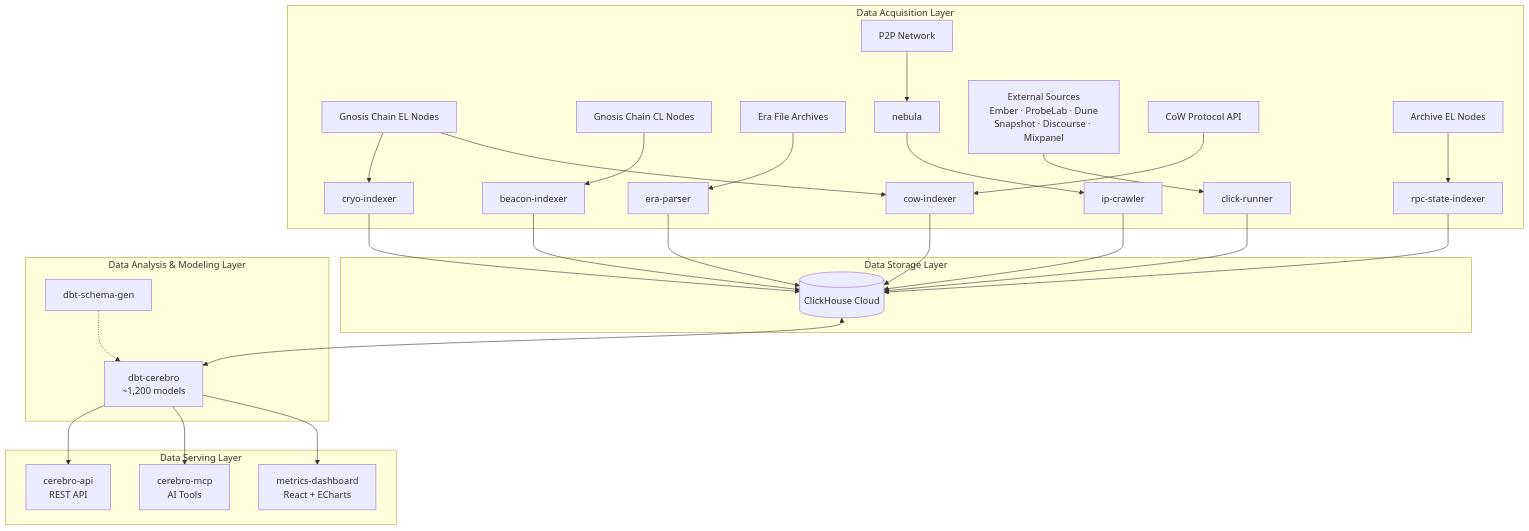
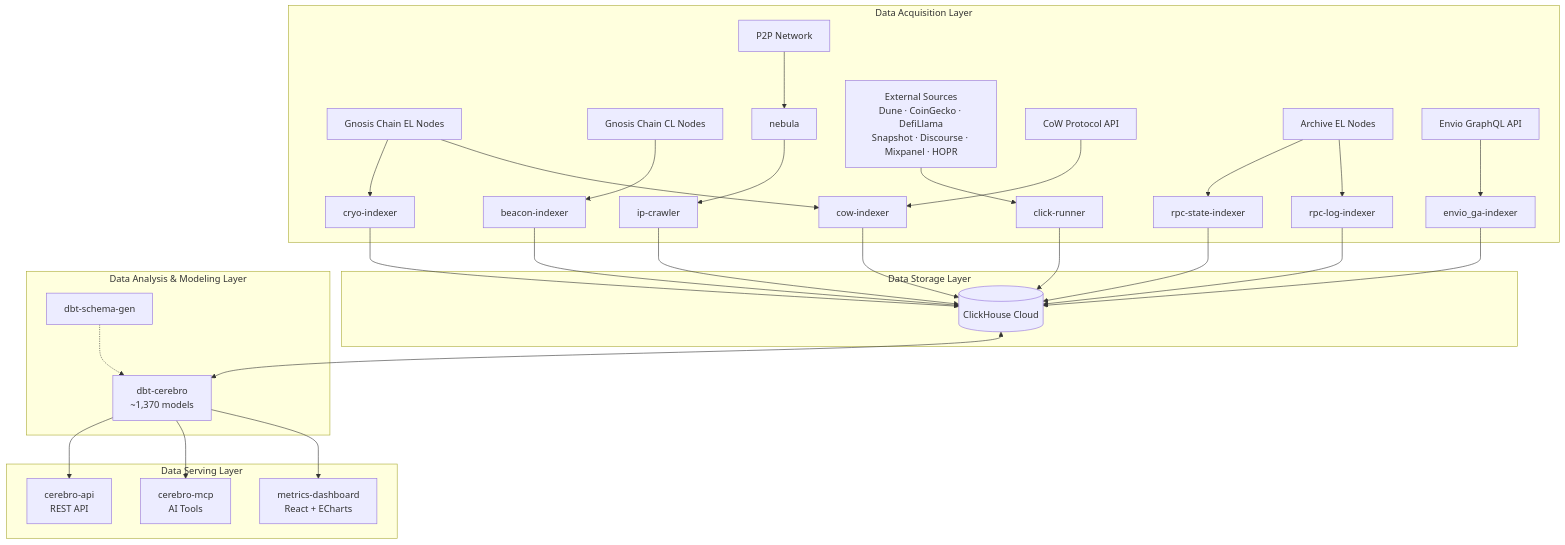
Before and after one commit to gnosischain/cerebro-docs: the diagram in docs/getting-started/architecture.md, drawn with Mermaid. The commit also changed other lines of this file and 37 other files, not shown here.

````diff
--- a/docs/getting-started/architecture.md
+++ b/docs/getting-started/architecture.md
@@ -12,38 +12,40 @@
 ```mermaid
 flowchart TD
     subgraph L1["Data Acquisition Layer"]
         EL[Gnosis Chain EL Nodes] --> CRYO[cryo-indexer]
         CL[Gnosis Chain CL Nodes] --> BI[beacon-indexer]
-        ERA_SRC[Era File Archives] --> ERA[era-parser]
         P2P_NET[P2P Network] --> NEB[nebula]
-        EXT["External Sources\nEmber · ProbeLab · Dune\nSnapshot · Discourse · Mixpanel"] --> CR[click-runner]
+        EXT["External Sources\nDune · CoinGecko · DefiLlama\nSnapshot · Discourse · Mixpanel · HOPR"] --> CR[click-runner]
         NEB --> IPC[ip-crawler]
         COW_API[CoW Protocol API] --> COWIDX[cow-indexer]
         EL --> COWIDX
         ARC[Archive EL Nodes] --> RPCSI[rpc-state-indexer]
+        ARC --> RPCL[rpc-log-indexer]
+        GQL[Envio GraphQL API] --> ENV[envio_ga-indexer]
     end
     subgraph L2["Data Storage Layer"]
         CH[(ClickHouse Cloud)]
     end
     subgraph L3["Data Analysis & Modeling Layer"]
-        DBT["dbt-cerebro\n~1,200 models"]
+        DBT["dbt-cerebro\n~1,370 models"]
         DSG[dbt-schema-gen]
     end
     subgraph L4["Data Serving Layer"]
         API["cerebro-api\nREST API"]
         MCP["cerebro-mcp\nAI Tools"]
         DASH["metrics-dashboard\nReact + ECharts"]
     end
     CRYO --> CH
     BI --> CH
-    ERA --> CH
     IPC --> CH
     CR --> CH
     COWIDX --> CH
     RPCSI --> CH
+    RPCL --> CH
+    ENV --> CH
     CH <--> DBT
     DSG -.-> DBT
     DBT --> API
     DBT --> MCP
     DBT --> DASH
 ```
````
